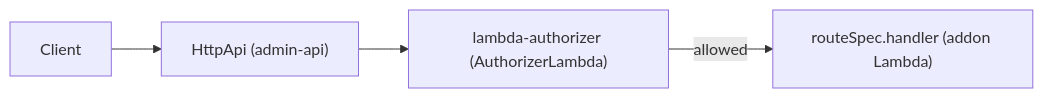
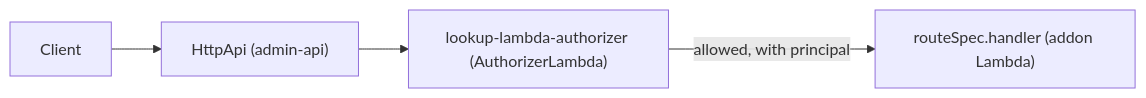
One commit to serverlessinbox/mailbox-cdk changed the third of 3 diagrams in docs/architecture.md. Above: the diagram before and after it, drawn with Mermaid. The commit also changed other lines of this file and 1 other file, not shown here.

First line of the commit message:
docs(architecture): addon routes sit behind the principal-lookup authorizer

````diff
--- a/docs/architecture.md
+++ b/docs/architecture.md
@@ -124,6 +128,6 @@
 ```mermaid
 flowchart LR
   client["Client"] --> httpapi["HttpApi (admin-api)"]
-  httpapi --> authorizer["lambda-authorizer (AuthorizerLambda)"]
-  authorizer -->|allowed| addon["routeSpec.handler (addon Lambda)"]
+  httpapi --> lookup["lookup-lambda-authorizer (AuthorizerLambda)"]
+  lookup -->|allowed, with principal| addon["routeSpec.handler (addon Lambda)"]
 ```
````
